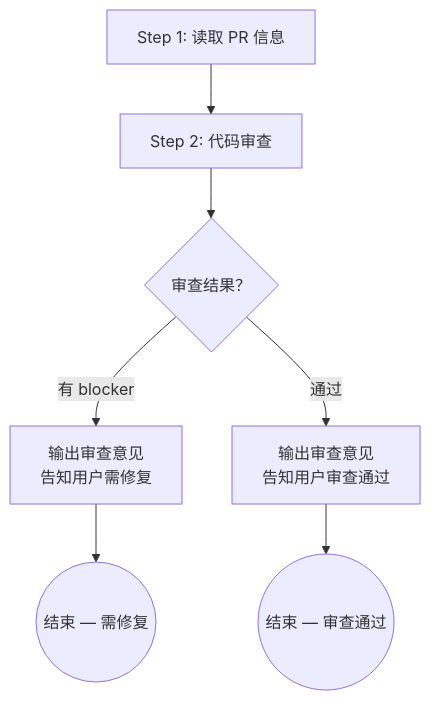
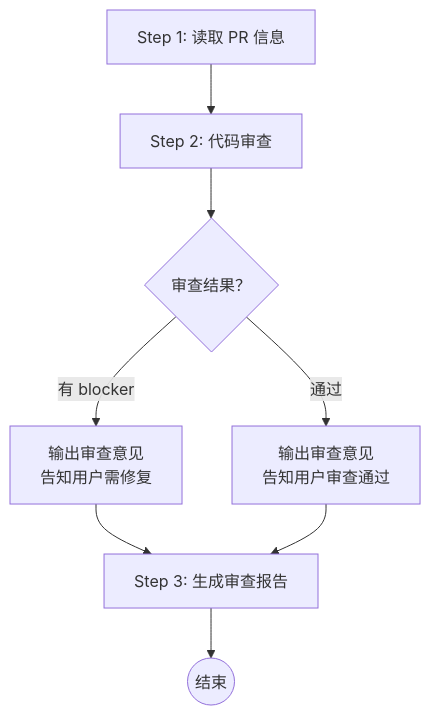
One commit to Chenhehustree/opencode-config changed the diagram in .opencode/skills/code-review/SKILL.md. Above: the diagram before and after it, drawn with Mermaid. The commit also changed other lines of this file and 1 other file, not shown here.

First line of the commit message:
feat(code-review): add review report generation step (#15)

````diff
--- a/.opencode/skills/code-review/SKILL.md
+++ b/.opencode/skills/code-review/SKILL.md
@@ -14,11 +14,10 @@
 ```mermaid
 flowchart TD
     S1["Step 1: 读取 PR 信息"] --> S2["Step 2: 代码审查"]
     S2 --> decision{"审查结果？"}
-
     decision -- "有 blocker" --> reject["输出审查意见<br>告知用户需修复"]
-    reject --> doneReject(("结束 — 需修复"))
-
     decision -- "通过" --> pass["输出审查意见<br>告知用户审查通过"]
-    pass --> donePass(("结束 — 审查通过"))
+    reject --> S3["Step 3: 生成审查报告"]
+    pass --> S3
+    S3 --> done(("结束"))
 ```
````
